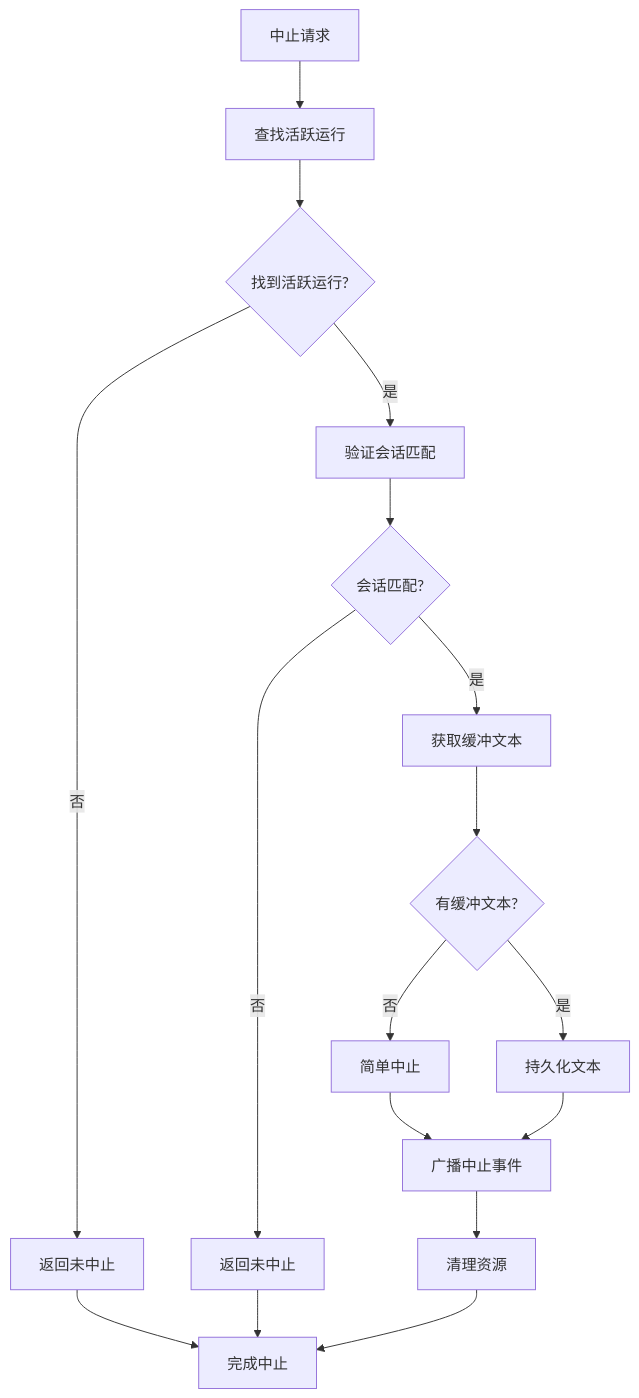
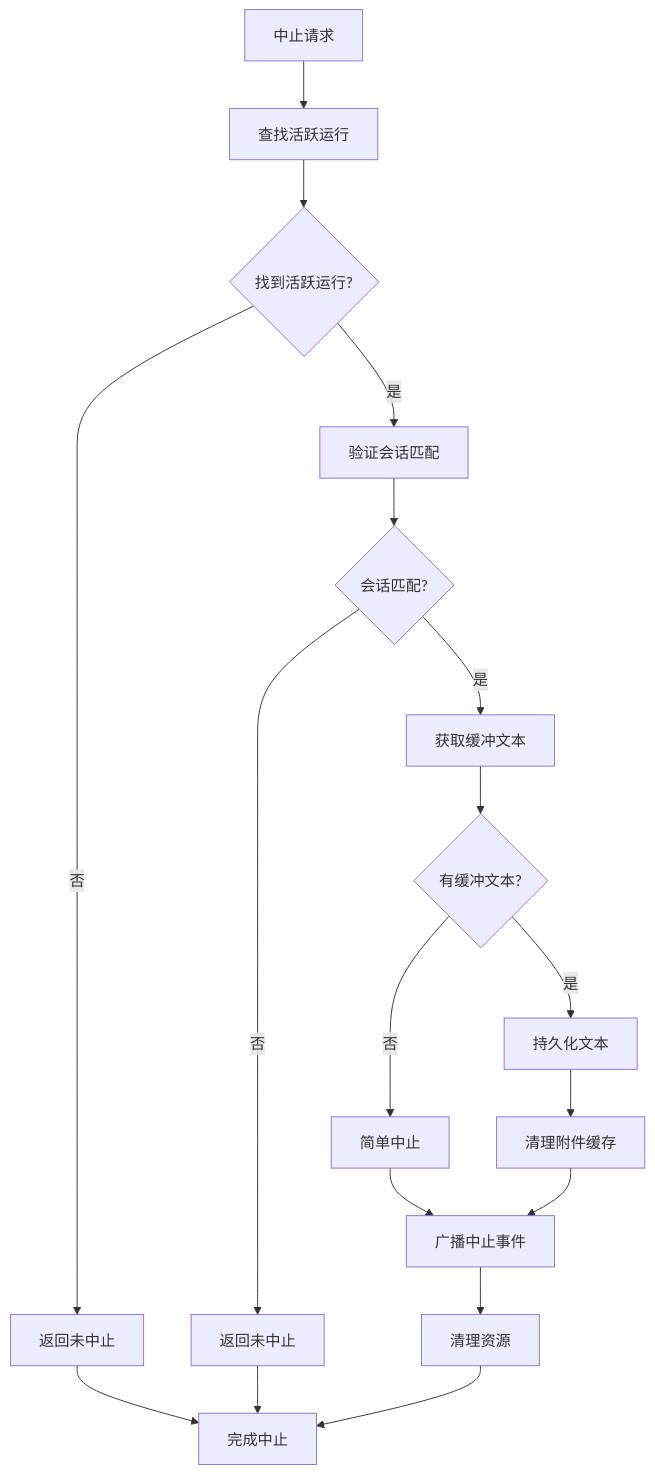
The sixth of 20 diagrams in .qoder/repowiki/zh/content/Web界面/WebChat界面/聊天运行时提供者增强.md (verse-ai-org/openclaw), drawn with Mermaid before and after one commit. The commit also changed other lines of this file and 7 other files, not shown here.

````diff
--- a/.qoder/repowiki/zh/content/Web界面/WebChat界面/聊天运行时提供者增强.md
+++ b/.qoder/repowiki/zh/content/Web界面/WebChat界面/聊天运行时提供者增强.md
@@ -300,19 +418,20 @@
 ```mermaid
 flowchart TD
 Request[中止请求] --> FindActive["查找活跃运行"]
 FindActive --> ActiveFound{"找到活跃运行?"}
 ActiveFound --> |否| NotActive["返回未中止"]
 ActiveFound --> |是| ValidateSession["验证会话匹配"]
 ValidateSession --> SessionMatch{"会话匹配?"}
 SessionMatch --> |否| WrongSession["返回未中止"]
 SessionMatch --> |是| GetBuffered["获取缓冲文本"]
 GetBuffered --> HasText{"有缓冲文本?"}
 HasText --> |否| SimpleAbort["简单中止"]
 HasText --> |是| PersistText["持久化文本"]
-PersistText --> Broadcast["广播中止事件"]
+PersistText --> CleanupAttachments["清理附件缓存"]
+CleanupAttachments --> Broadcast["广播中止事件"]
 SimpleAbort --> Broadcast
 Broadcast --> Cleanup["清理资源"]
 Cleanup --> Complete["完成中止"]
 NotActive --> Complete
 WrongSession --> Complete
 ```
````
